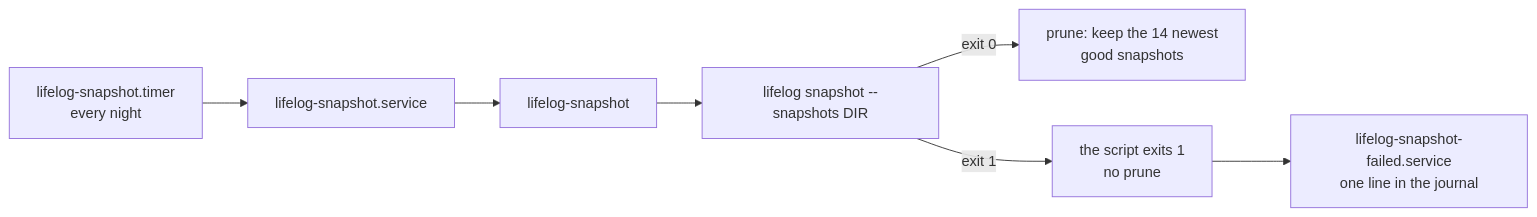
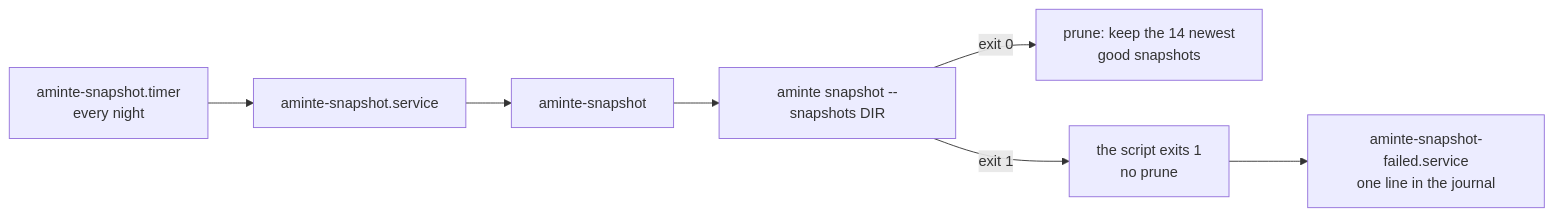
Before and after one commit to alexradunet/aminte: the diagram in deploy/README.md, drawn with Mermaid. The commit also changed other lines of this file and 554 other files, not shown here.

First line of the commit message:
rename the project from lifelog to aminte

````diff
--- a/deploy/README.md
+++ b/deploy/README.md
@@ -17,9 +17,9 @@
 ```mermaid
 flowchart LR
-    timer["lifelog-snapshot.timer<br/>every night"] --> service["lifelog-snapshot.service"]
-    service --> script["lifelog-snapshot"]
-    script --> cmd["lifelog snapshot --snapshots DIR"]
+    timer["aminte-snapshot.timer<br/>every night"] --> service["aminte-snapshot.service"]
+    service --> script["aminte-snapshot"]
+    script --> cmd["aminte snapshot --snapshots DIR"]
     cmd -->|"exit 0"| prune["prune: keep the 14 newest<br/>good snapshots"]
     cmd -->|"exit 1"| fail["the script exits 1<br/>no prune"]
-    fail --> failed["lifelog-snapshot-failed.service<br/>one line in the journal"]
+    fail --> failed["aminte-snapshot-failed.service<br/>one line in the journal"]
 ```
````
